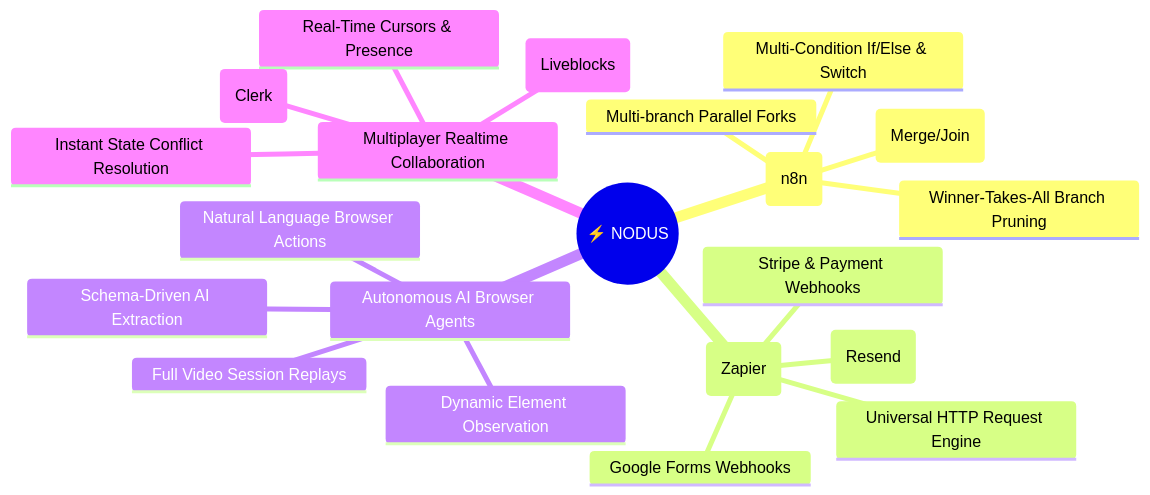
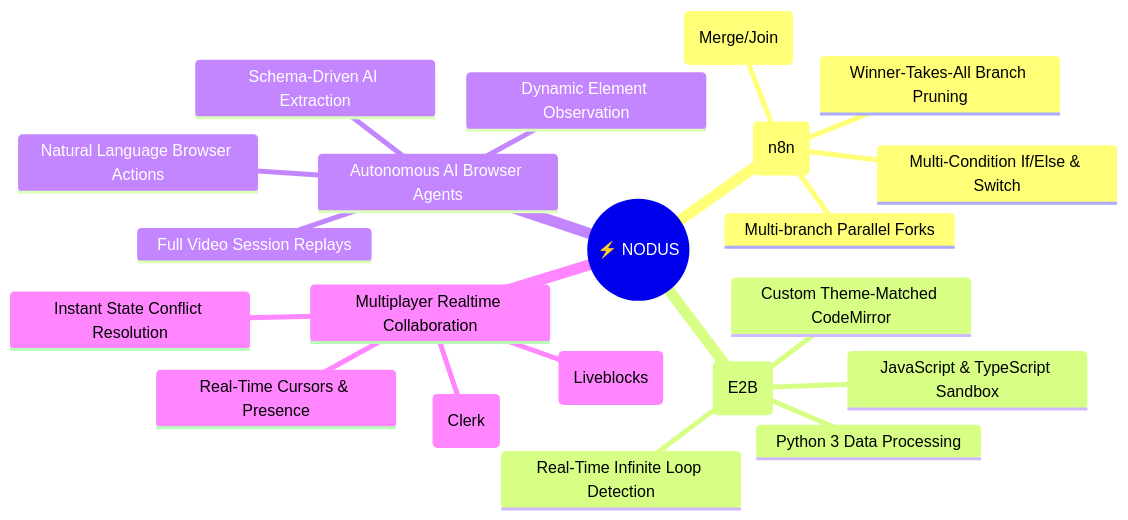
The first of 2 diagrams in README.md (karan74jaiswal/Browser-AI-Agent), drawn with Mermaid before and after one commit. The commit also changed other lines of this file and 26 other files, not shown here.

First line of the commit message:
feat(workflows): enhance code editing capabilities and loop detection

````diff
--- a/README.md
+++ b/README.md
@@ -68,24 +70,24 @@
 ```mermaid
 mindmap
   root((⚡ NODUS))
     Visual DAG Engine (n8n)
       Multi-branch Parallel Forks
       Diamond Convergence (Merge/Join)
       Winner-Takes-All Branch Pruning
       Multi-Condition If/Else & Switch
-    Integration & Trigger Hub (Zapier)
-      Stripe & Payment Webhooks
-      Google Forms Webhooks
-      Universal HTTP Request Engine
-      Transactional Email (Resend)
+    Cloud Code & Sandbox Execution (E2B)
+      JavaScript & TypeScript Sandbox
+      Python 3 Data Processing
+      Real-Time Infinite Loop Detection
+      Custom Theme-Matched CodeMirror
     Autonomous AI Browser Agents
       Natural Language Browser Actions
       Schema-Driven AI Extraction
       Dynamic Element Observation
       Full Video Session Replays
     Multiplayer Realtime Collaboration
       Live Collaborative Canvas (Liveblocks)
       Real-Time Cursors & Presence
       Instant State Conflict Resolution
       Multi-Tenant Org Isolation (Clerk)
 ```
````
